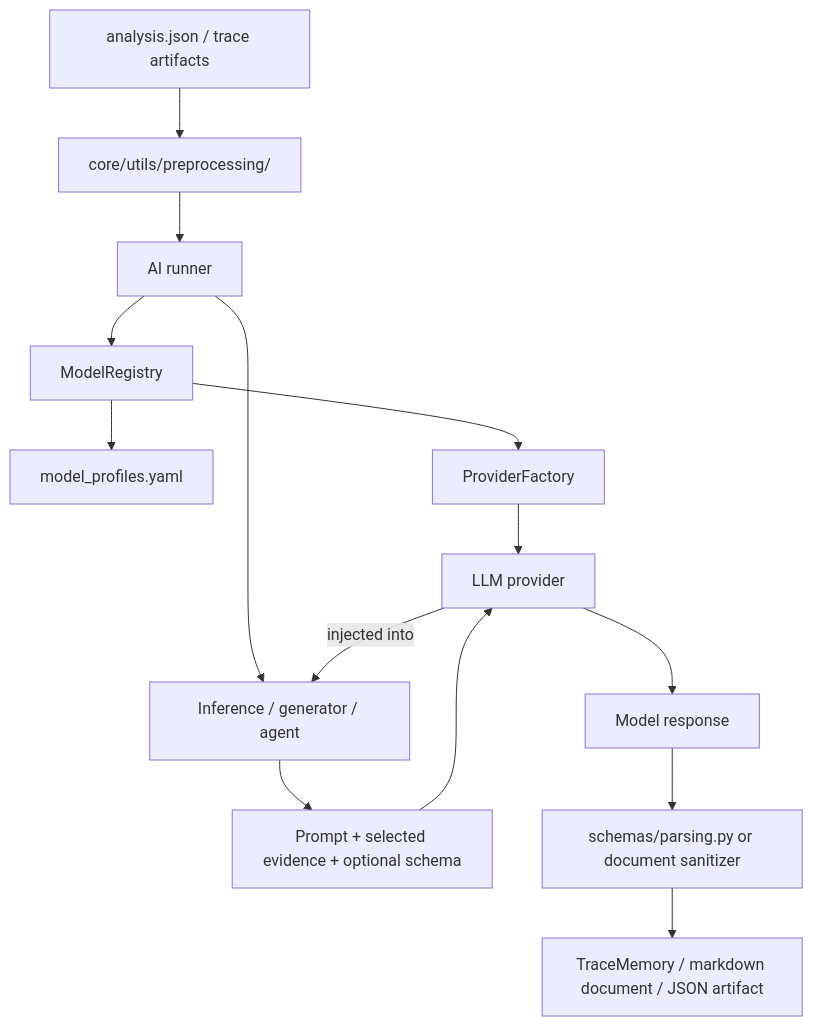
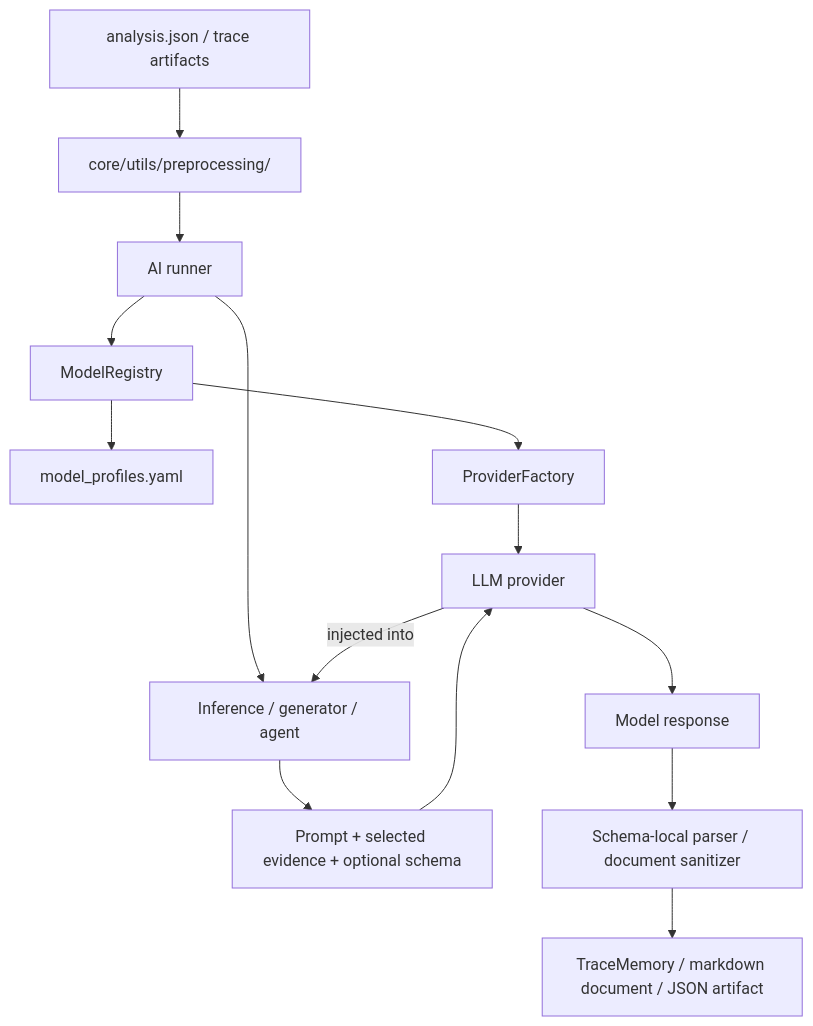
Before and after one commit to pablo-972/AIM: the first of 2 diagrams in docs/ai/README.md, drawn with Mermaid. The commit also changed other lines of this file and 33 other files, not shown here.

````diff
--- a/docs/ai/README.md
+++ b/docs/ai/README.md
@@ -17,20 +17,20 @@
 ```mermaid
 flowchart TD
     Artifacts[analysis.json / trace artifacts] --> Preprocessing[core/utils/preprocessing/]
     Preprocessing --> Runner[AI runner]
 
     Runner --> Registry[ModelRegistry]
     Registry --> Profiles[model_profiles.yaml]
     Registry --> Factory[ProviderFactory]
     Factory --> Provider[LLM provider]
 
     Runner --> Inference[Inference / generator / agent]
     Provider -- injected into --> Inference
 
     Inference --> Request[Prompt + selected evidence + optional schema]
     Request --> Provider
 
     Provider --> Response[Model response]
-    Response --> Parsing[schemas/parsing.py or document sanitizer]
+    Response --> Parsing[Schema-local parser / document sanitizer]
     Parsing --> Output[TraceMemory / markdown document / JSON artifact]
 ```
````
